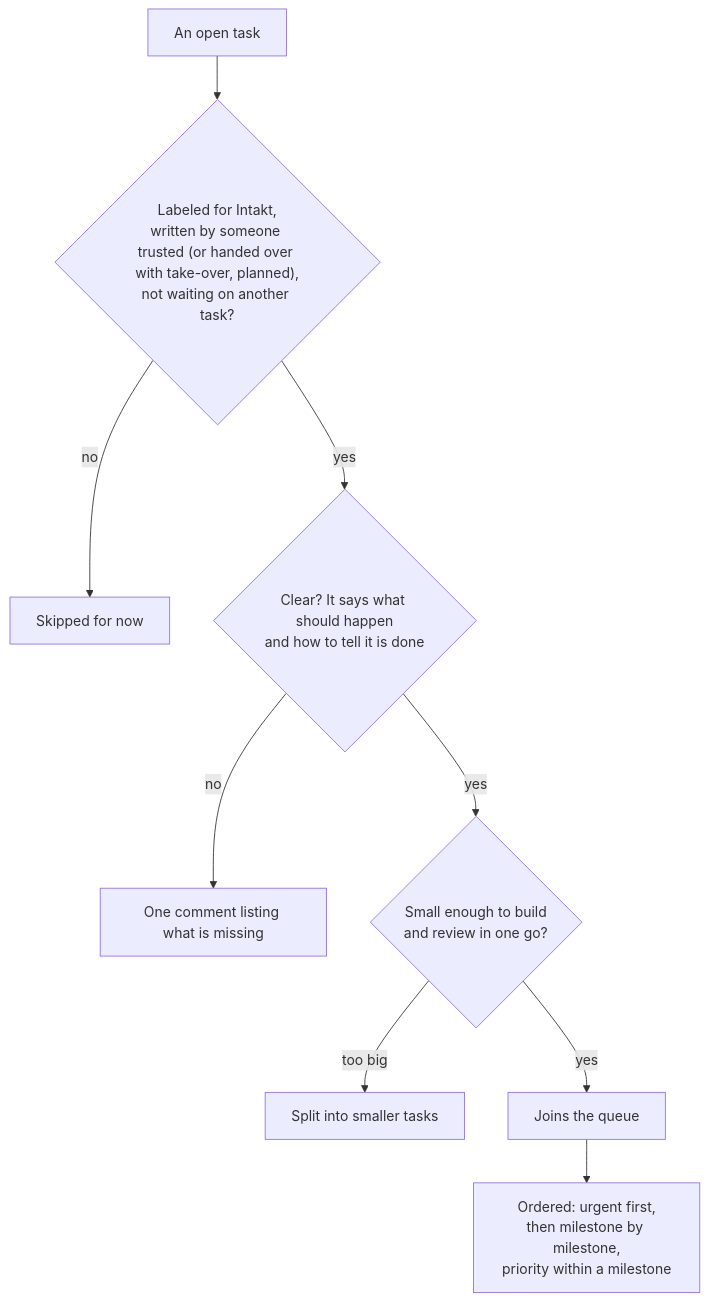
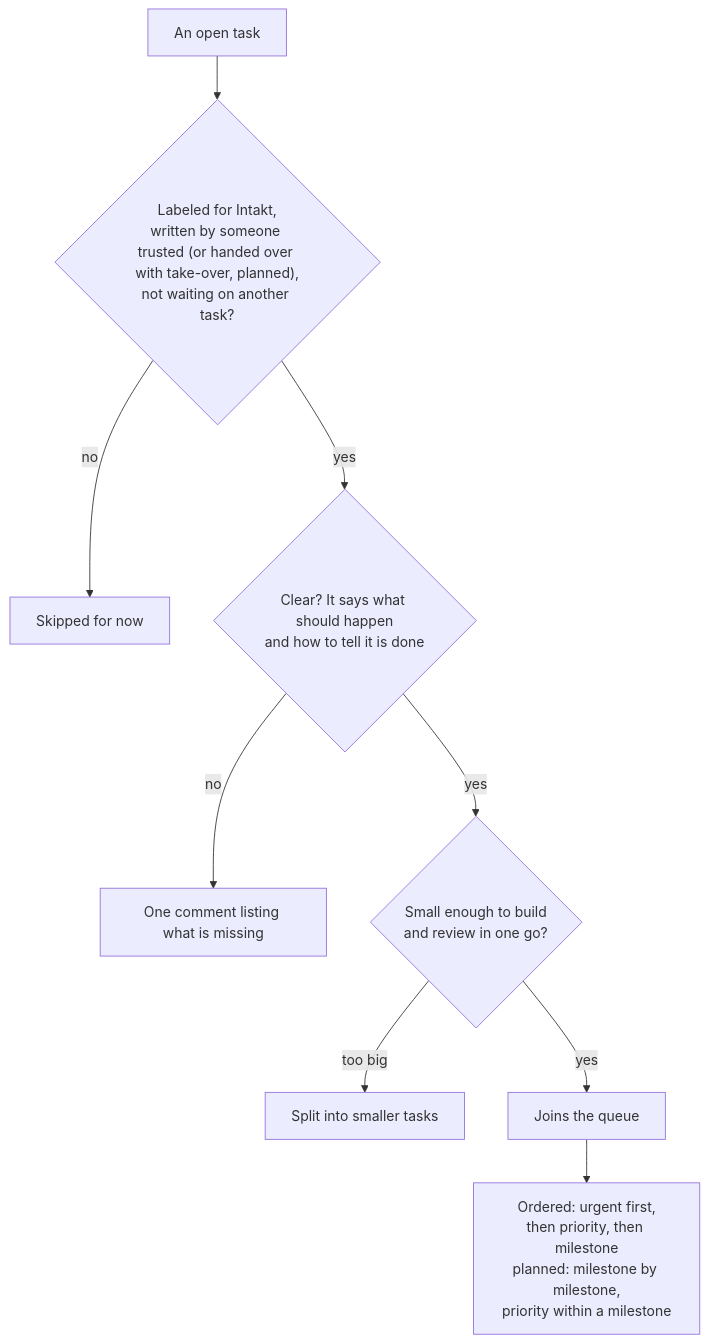
One commit to shinyredapples/intakt changed the second of 5 diagrams in docs/guide/the-journey-of-a-task.md. Above: the diagram before and after it, drawn with Mermaid. The commit also changed other lines of this file and 3 other files, not shown here.

Commit message:
docs(guide): mark the milestone-first build order as planned

````diff
--- a/docs/guide/the-journey-of-a-task.md
+++ b/docs/guide/the-journey-of-a-task.md
@@ -20,11 +20,11 @@
 ```mermaid
 flowchart TD
   t[An open task] --> e{"Labeled for Intakt,<br/>written by someone trusted (or handed over with take-over, planned),<br/>not waiting on another task?"}
   e -- no --> skip[Skipped for now]
   e -- yes --> r{Clear? It says what should happen<br/>and how to tell it is done}
   r -- no --> ask[One comment listing what is missing]
   r -- yes --> s{Small enough to build<br/>and review in one go?}
   s -- too big --> split[Split into smaller tasks]
   s -- yes --> q[Joins the queue]
-  q --> order[Ordered: urgent first,<br/>then milestone by milestone,<br/>priority within a milestone]
+  q --> order[Ordered: urgent first,<br/>then priority, then milestone<br/>planned: milestone by milestone,<br/>priority within a milestone]
 ```
````
